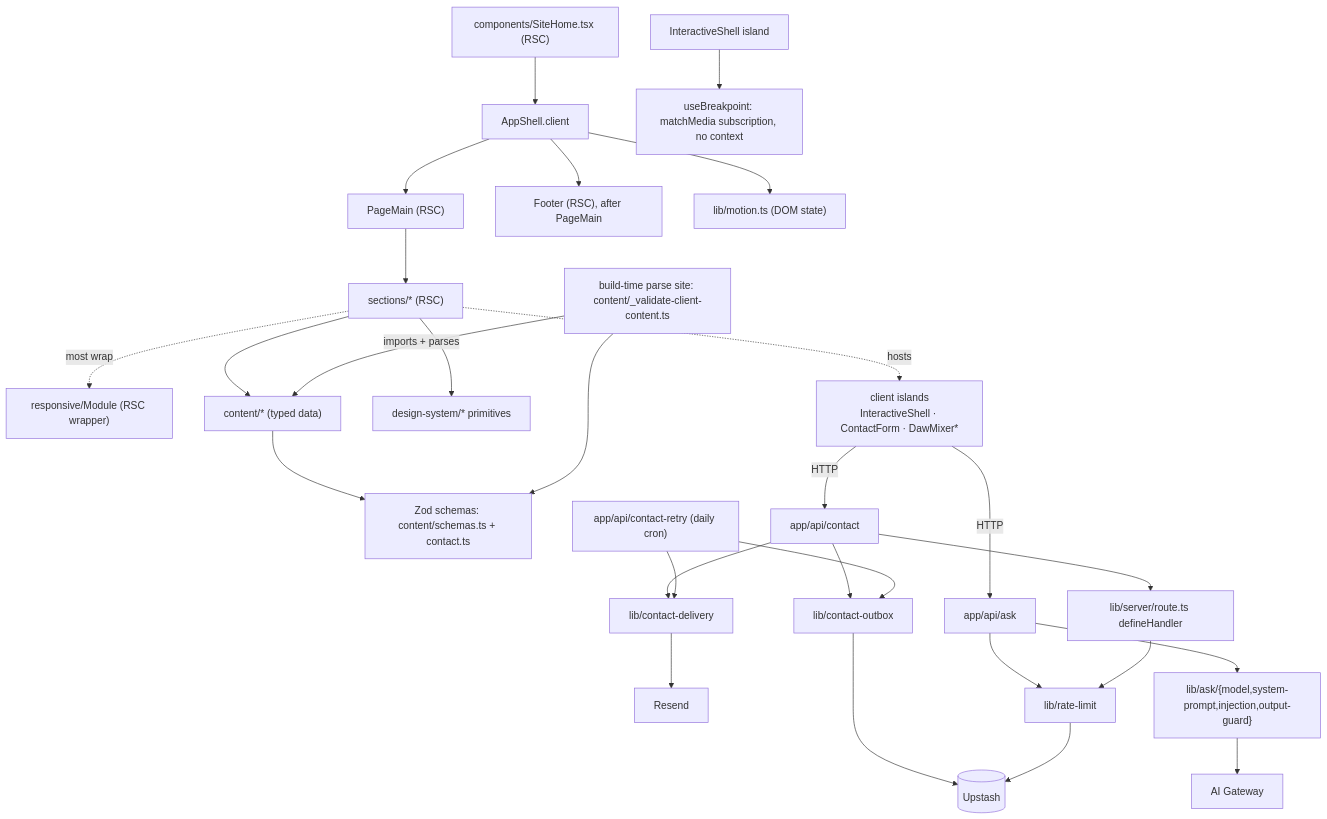
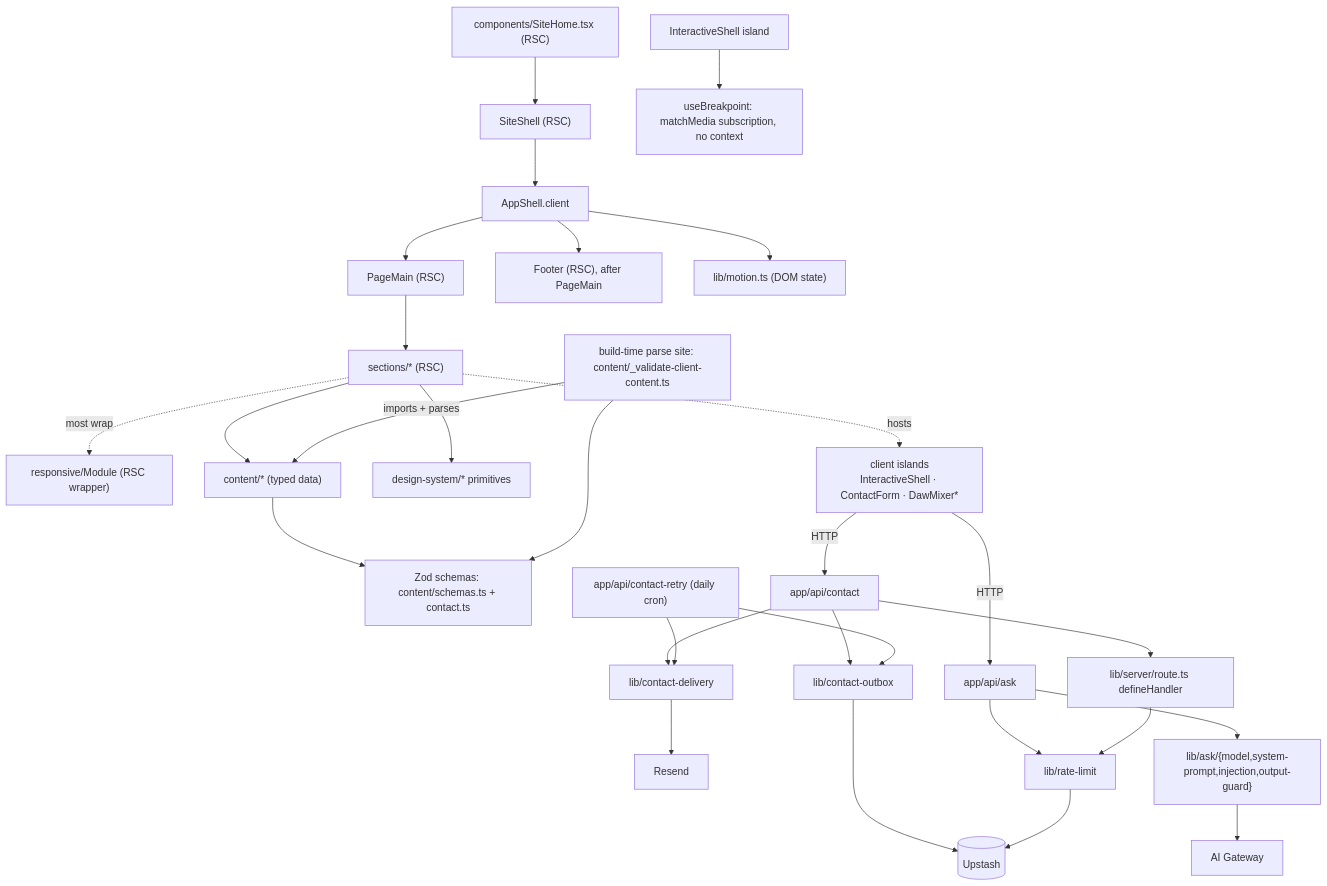
One commit to erikunha/portfolio changed the third of 3 diagrams in docs/01-architecture.md. Above: the diagram before and after it, drawn with Mermaid. The commit also changed other lines of this file and 35 other files, not shown here.

````diff
--- a/docs/01-architecture.md
+++ b/docs/01-architecture.md
@@ -100,30 +100,31 @@
 ```mermaid
 flowchart TD
-    page["components/SiteHome.tsx (RSC)"] --> shell["AppShell.client"]
+    page["components/SiteHome.tsx (RSC)"] --> siteshell["SiteShell (RSC)"]
+    siteshell --> shell["AppShell.client"]
     shell --> main["PageMain (RSC)"]
     main --> sectionN["sections/* (RSC)"]
     shell --> footer["Footer (RSC), after PageMain"]
     sectionN -. most wrap .-> module["responsive/Module (RSC wrapper)"]
     sectionN --> content["content/* (typed data)"]
     sectionN --> dsprim["design-system/* primitives"]
     sectionN -. hosts .-> island["client islands<br/>InteractiveShell · ContactForm · DawMixer*"]
     content --> schemas["Zod schemas: content/schemas.ts + contact.ts"]
     gate["build-time parse site: content/_validate-client-content.ts"] -->|imports + parses| content
     gate --> schemas
     island -->|HTTP| apiask["app/api/ask"]
     island -->|HTTP| apicontact["app/api/contact"]
     apicontact --> defh["lib/server/route.ts defineHandler"]
     apicontact --> delivery["lib/contact-delivery"]
     apicontact --> outbox["lib/contact-outbox"]
     retry["app/api/contact-retry (daily cron)"] --> delivery
     retry --> outbox
     outbox --> redis
     delivery --> resend["Resend"]
     apiask --> rl["lib/rate-limit"]
     apiask --> askmod["lib/ask/{model,system-prompt,injection,output-guard}"]
     defh --> rl
     rl --> redis[("Upstash")]
     askmod --> gw["AI Gateway"]
     shellisland["InteractiveShell island"] --> media["useBreakpoint: matchMedia subscription, no context"]
     shell --> motion["lib/motion.ts (DOM state)"]
 ```
````
